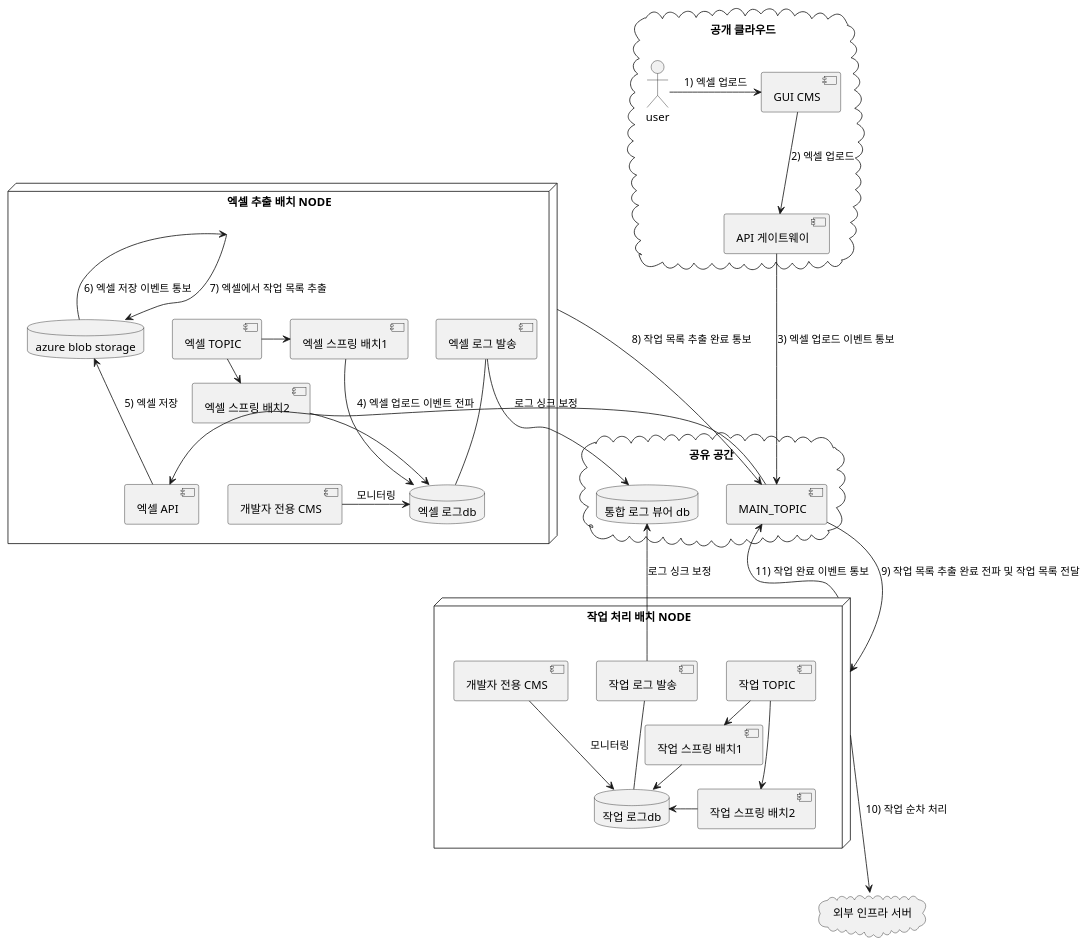
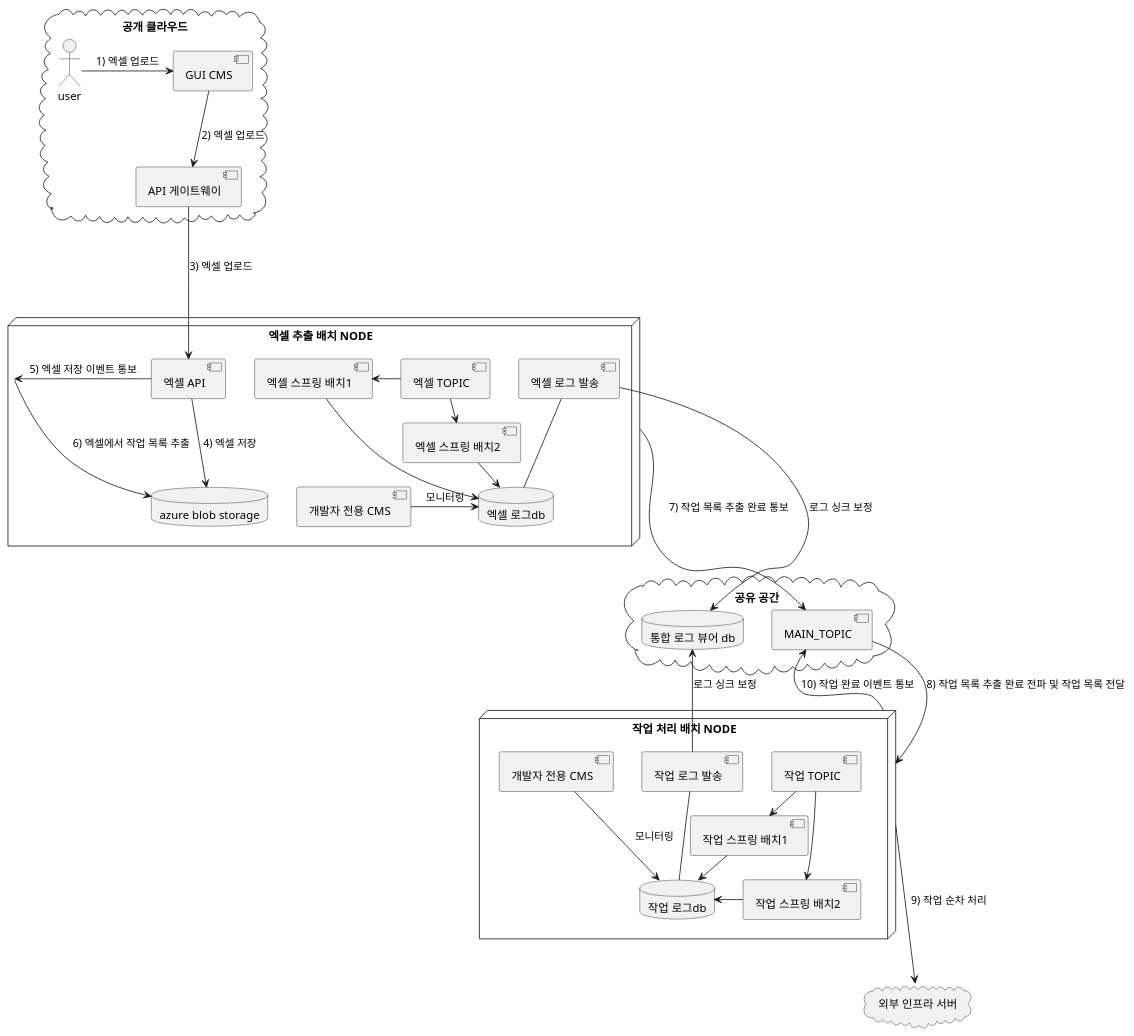
Before and after one commit to glqdlt/glqdlt.github.io: the diagram in arch/001_excel_bulk_batch/2_legacy.puml, drawn with PlantUML. The commit also changed 4 other files, not shown here.

```diff
--- a/arch/001_excel_bulk_batch/2_legacy.puml
+++ b/arch/001_excel_bulk_batch/2_legacy.puml
@@ -1,59 +1,58 @@
 @startuml
 
 cloud "공개 클라우드"{
 actor user as u
 component "GUI CMS" as cms
 component "API 게이트웨이" as eas
 }
 cloud "공유 공간"{
     component "MAIN_TOPIC" as asb
     database "통합 로그 뷰어 db" as total_log_db
 }
 node "엑셀 추출 배치 NODE" as en{
     component "엑셀 API" as en_api
     database "azure blob storage" as db
     component "엑셀 TOPIC" as q1
     component "엑셀 스프링 배치1" as en_1
     component "엑셀 스프링 배치2" as en_2
     component "엑셀 로그 발송" as en_log
     component "개발자 전용 CMS" as en_cms
     database "엑셀 로그db" as log_db
     en_cms -> log_db : 모니터링
     q1 -> en_1
     q1 -> en_2 : 123
     en_1 --> log_db
     en_2 -> log_db
     en_log -- log_db
     en_log --> total_log_db : 로그 싱크 보정
 }
 node "작업 처리 배치 NODE" as psn{
     component "작업 TOPIC" as q2
     component "작업 스프링 배치1" as psn_b_1
     component "작업 스프링 배치2" as psn_b_2
     component "작업 로그 발송" as psn_log
     component "개발자 전용 CMS" as psn_cms
     database "작업 로그db" as log_db2
     psn_cms --> log_db2 : 모니터링
     log_db2 <- psn_b_2
     q2 -> psn_b_1
     q2 --> psn_b_2
     psn_b_1 -> log_db2
     total_log_db <-- psn_log : 로그 싱크 보정
     psn_log -- log_db2
 }
 
 
 cloud "외부 인프라 서버" as eps
 
 u -> cms : 1) 엑셀 업로드
 cms --> eas : 2) 엑셀 업로드
-eas ---> asb: 3) 엑셀 업로드 이벤트 통보
-asb --> en_api : 4) 엑셀 업로드 이벤트 전파
-db <-- en_api : 5) 엑셀 저장
-db -> en : 6) 엑셀 저장 이벤트 통보
-en --> db : 7) 엑셀에서 작업 목록 추출
-en ---> asb : 8) 작업 목록 추출 완료 통보
-asb --> psn : 9) 작업 목록 추출 완료 전파 및 작업 목록 전달
-psn ---> eps : 10) 작업 순차 처리
-psn --> asb : 11) 작업 완료 이벤트 통보
+eas ---> en_api: 3) 엑셀 업로드
+en_api --> db : 4) 엑셀 저장
+en_api -> en : 5) 엑셀 저장 이벤트 통보
+en --> db : 6) 엑셀에서 작업 목록 추출
+en ---> asb : 7) 작업 목록 추출 완료 통보
+asb --> psn : 8) 작업 목록 추출 완료 전파 및 작업 목록 전달
+psn ---> eps : 9) 작업 순차 처리
+psn --> asb : 10) 작업 완료 이벤트 통보
 @enduml
```
